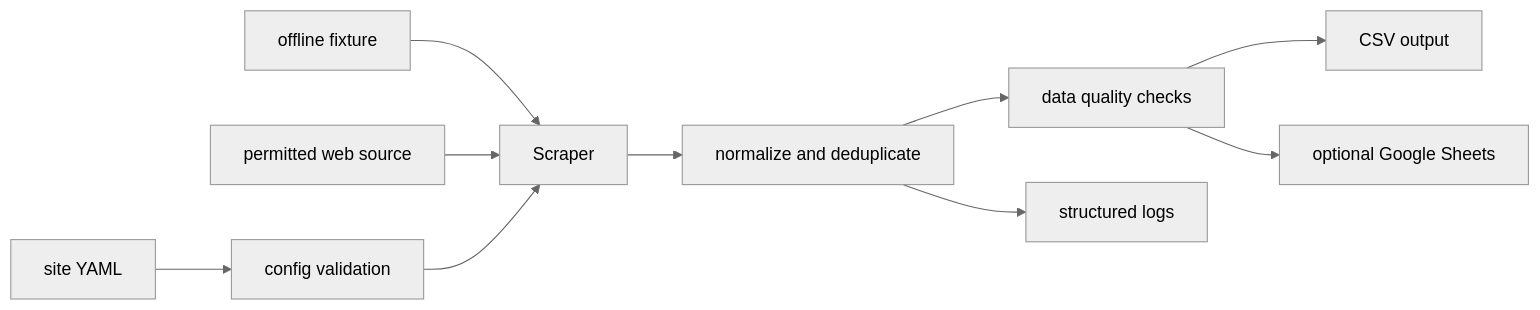
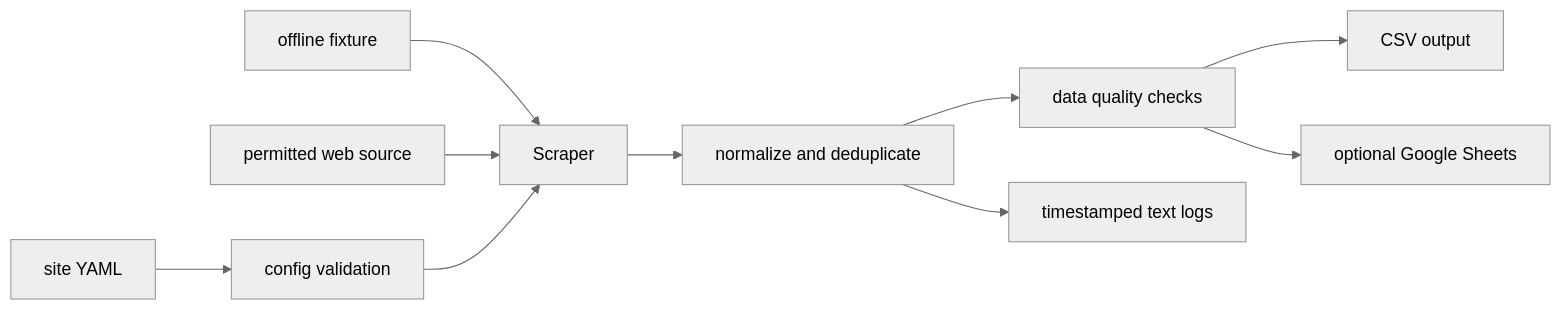
Before and after one commit to salman-uq2024/web-to-sheets: the diagram in docs/case-study.md, drawn with Mermaid (neutral theme). The commit also changed other lines of this file and 8 other files, not shown here.

````diff
--- a/docs/case-study.md
+++ b/docs/case-study.md
@@ -9,12 +9,12 @@
 ```mermaid
 flowchart LR
     YAML[site YAML] --> Config[config validation]
     Fixture[offline fixture] --> Scraper
     Web[permitted web source] --> Scraper
     Config --> Scraper
     Scraper --> Process[normalize and deduplicate]
     Process --> Validate[data quality checks]
     Validate --> CSV[CSV output]
     Validate --> Sheets[optional Google Sheets]
-    Process --> Logs[structured logs]
+    Process --> Logs[timestamped text logs]
 ```
````
